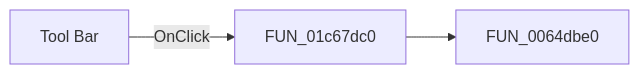
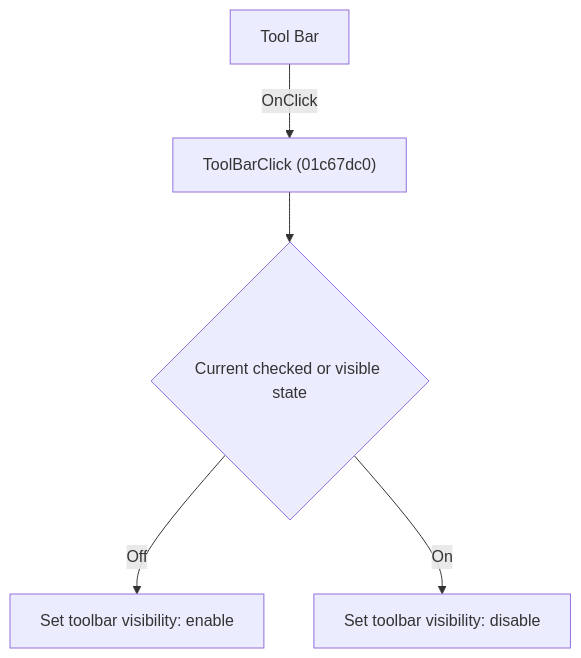
Before and after one commit to MovGP0/TIARA: the diagram in docs/ui-controls/schematiceditor/toolbar-8af34637ab.md, drawn with Mermaid. The commit also changed other lines of this file and 1062 other files, not shown here.

````diff
--- a/docs/ui-controls/schematiceditor/toolbar-8af34637ab.md
+++ b/docs/ui-controls/schematiceditor/toolbar-8af34637ab.md
@@ -27,5 +27,7 @@
 ```mermaid
-flowchart LR
-    control["Tool Bar"] -->|OnClick| handler["FUN_01c67dc0"]
-    handler --> call1["FUN_0064dbe0"]
+flowchart TD
+    control["Tool Bar"] -->|"OnClick"| handler["ToolBarClick (01c67dc0)"]
+    handler --> current{"Current checked or visible state"}
+    current -->|"Off"| enable["Set toolbar visibility: enable"]
+    current -->|"On"| disable["Set toolbar visibility: disable"]
 ```
````
